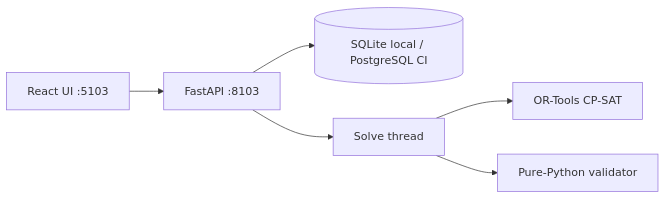
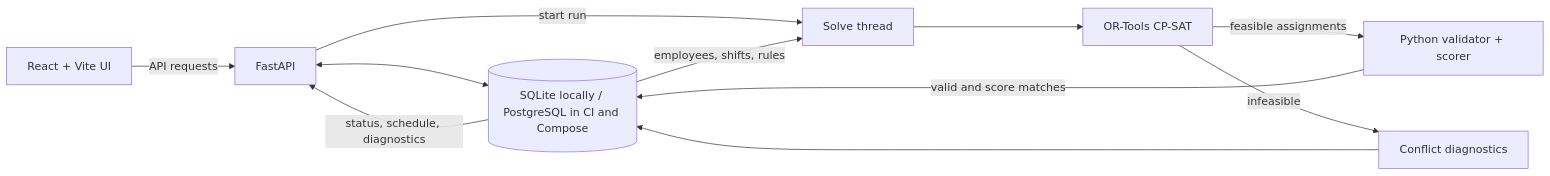
The diagram in README.md (hasanhuseyinyetkiner/workforce-optimizer), drawn with Mermaid before and after one commit. The commit also changed other lines of this file and 2 other files, not shown here.

````diff
--- a/README.md
+++ b/README.md
@@ -57,8 +30,13 @@
 ```mermaid
 flowchart LR
-  UI[React UI :5103] --> API[FastAPI :8103]
-  API --> DB[(SQLite local / PostgreSQL CI)]
-  API --> Worker[Solve thread]
-  Worker --> CPSAT[OR-Tools CP-SAT]
-  Worker --> Val[Pure-Python validator]
+  UI[React + Vite UI] -->|API requests| API[FastAPI]
+  API <--> DB[(SQLite locally / PostgreSQL in CI and Compose)]
+  API -->|start run| Worker[Solve thread]
+  DB -->|employees, shifts, rules| Worker
+  Worker --> Solver[OR-Tools CP-SAT]
+  Solver -->|feasible assignments| Check[Python validator + scorer]
+  Check -->|valid and score matches| DB
+  Solver -->|infeasible| Diag[Conflict diagnostics]
+  Diag --> DB
+  DB -->|status, schedule, diagnostics| API
 ```
````
